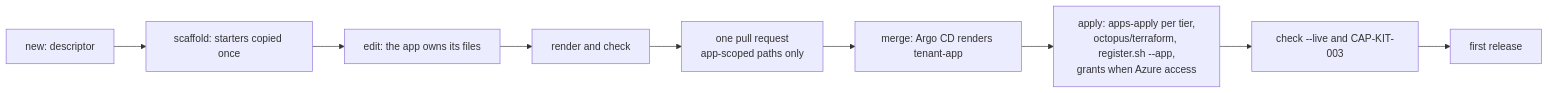
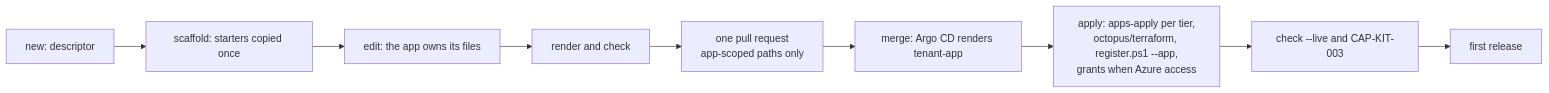
The diagram in docs/onboarding.md (clearmeasure-aisf-sample-apps/basic-environment-octopus-codefresh), drawn with Mermaid before and after one commit. The commit also changed other lines of this file and 38 other files, not shown here.

````diff
--- a/docs/onboarding.md
+++ b/docs/onboarding.md
@@ -15,11 +15,11 @@
 ```mermaid
 flowchart LR
     new["new: descriptor"] --> scaffold["scaffold: starters copied once"]
     scaffold --> own["edit: the app owns its files"]
     own --> check["render and check"]
     check --> pr["one pull request<br/>app-scoped paths only"]
     pr --> merge["merge: Argo CD renders tenant-app"]
-    merge --> apply["apply: apps-apply per tier,<br/>octopus/terraform, register.sh --app,<br/>grants when Azure access"]
+    merge --> apply["apply: apps-apply per tier,<br/>octopus/terraform, register.ps1 --app,<br/>grants when Azure access"]
     apply --> live["check --live and CAP-KIT-003"]
     live --> release["first release"]
 ```
````
